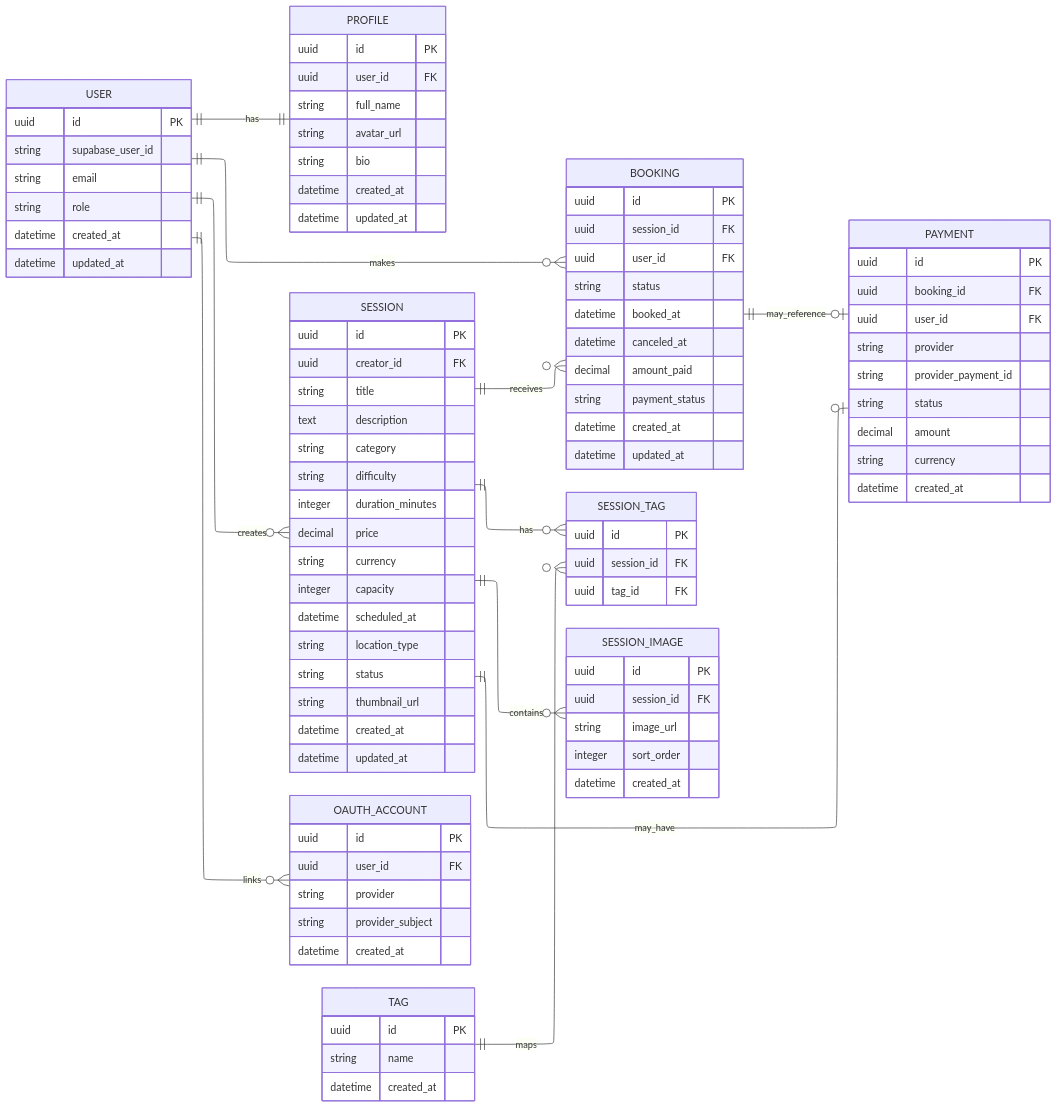
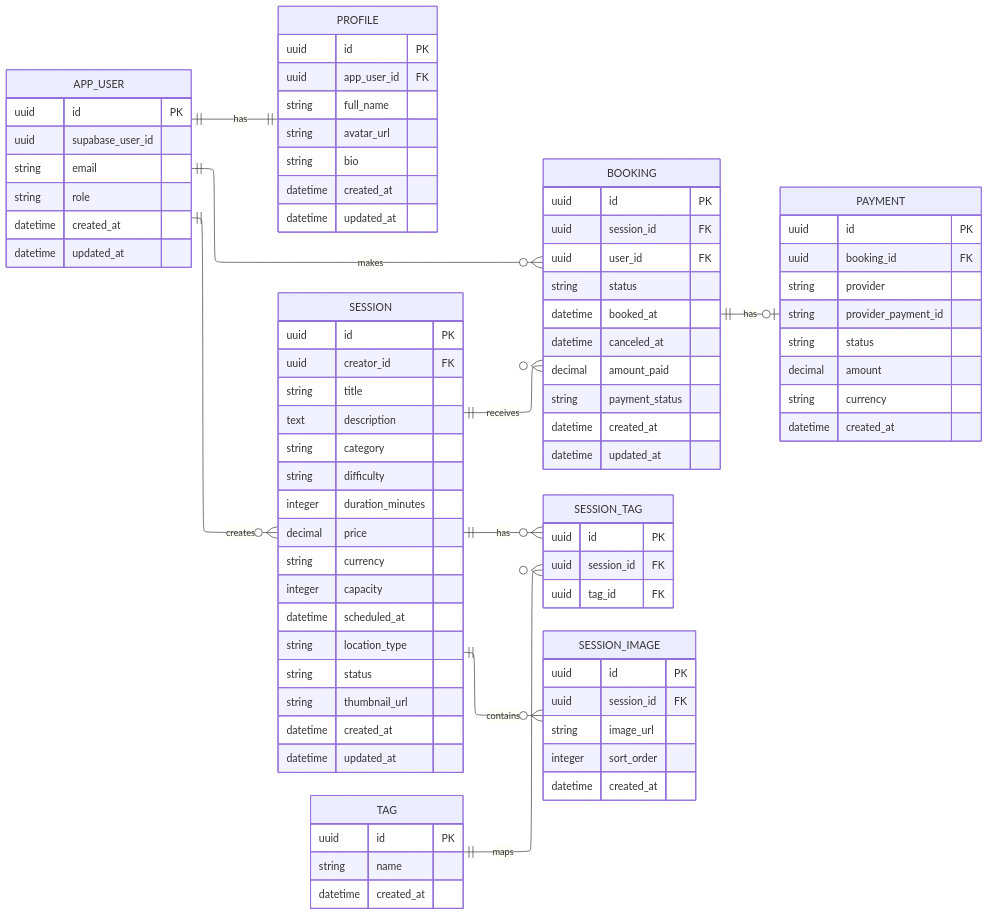
One commit to AmanCrafts/Session-Marketplace changed diagram 14 of 21 in Architecture.md. Above: the diagram before and after it, drawn with Mermaid.

Commit message:
fix(docs): alter the database diagram

````diff
--- a/Architecture.md
+++ b/Architecture.md
@@ -531,20 +531,21 @@
 ---
 erDiagram
     direction LR
-    USER ||--|| PROFILE : has
-    USER ||--o{ SESSION : creates
-    USER ||--o{ BOOKING : makes
-    USER ||--o{ OAUTH_ACCOUNT : links
+
+    APP_USER ||--|| PROFILE : has
+    APP_USER ||--o{ SESSION : creates
+    APP_USER ||--o{ BOOKING : makes
+
     SESSION ||--o{ BOOKING : receives
     SESSION ||--o{ SESSION_TAG : has
     TAG ||--o{ SESSION_TAG : maps
     SESSION ||--o{ SESSION_IMAGE : contains
-    SESSION ||--o| PAYMENT : may_have
-    BOOKING ||--o| PAYMENT : may_reference
 
-    USER {
+    BOOKING ||--o| PAYMENT : has
+
+    APP_USER {
         uuid id PK
-        string supabase_user_id
+        uuid supabase_user_id
         string email
         string role
         datetime created_at
@@ -553,20 +554,12 @@
 
     PROFILE {
         uuid id PK
-        uuid user_id FK
+        uuid app_user_id FK
         string full_name
         string avatar_url
         string bio
         datetime created_at
         datetime updated_at
-    }
-
-    OAUTH_ACCOUNT {
-        uuid id PK
-        uuid user_id FK
-        string provider
-        string provider_subject
-        datetime created_at
     }
 
     SESSION {
@@ -624,7 +617,6 @@
     PAYMENT {
         uuid id PK
         uuid booking_id FK
-        uuid user_id FK
         string provider
         string provider_payment_id
         string status
@@ -632,4 +624,5 @@
         string currency
         datetime created_at
     }
+
 ```
````
